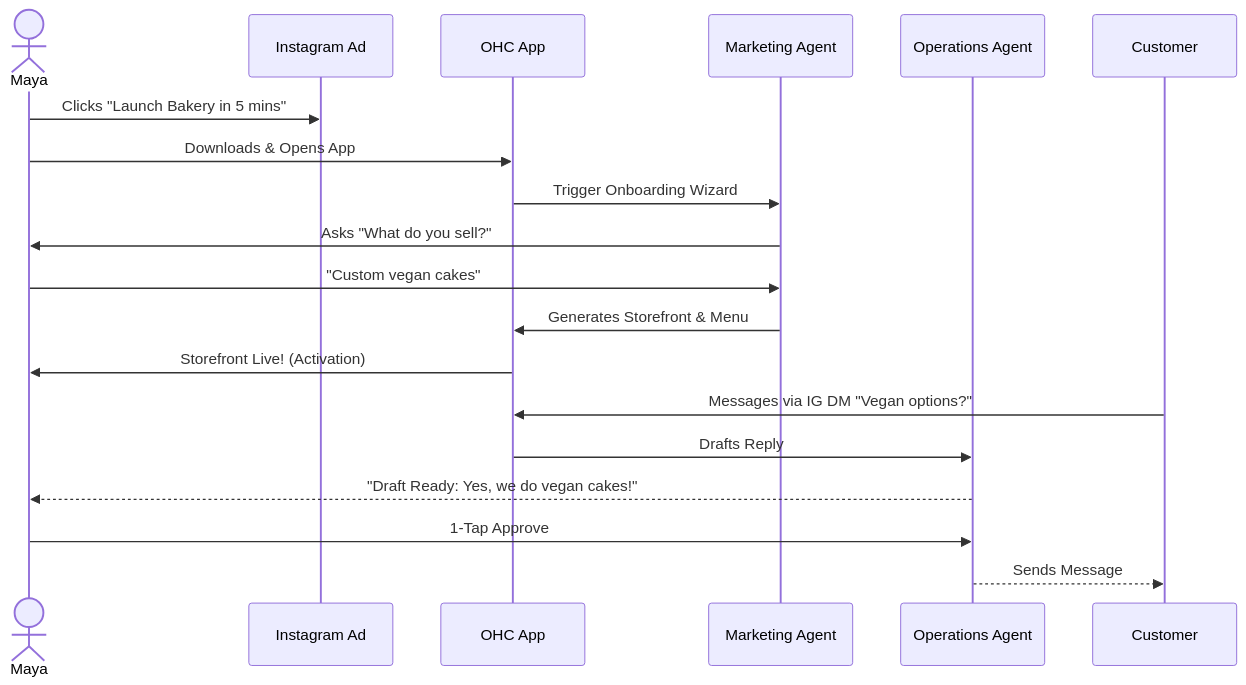
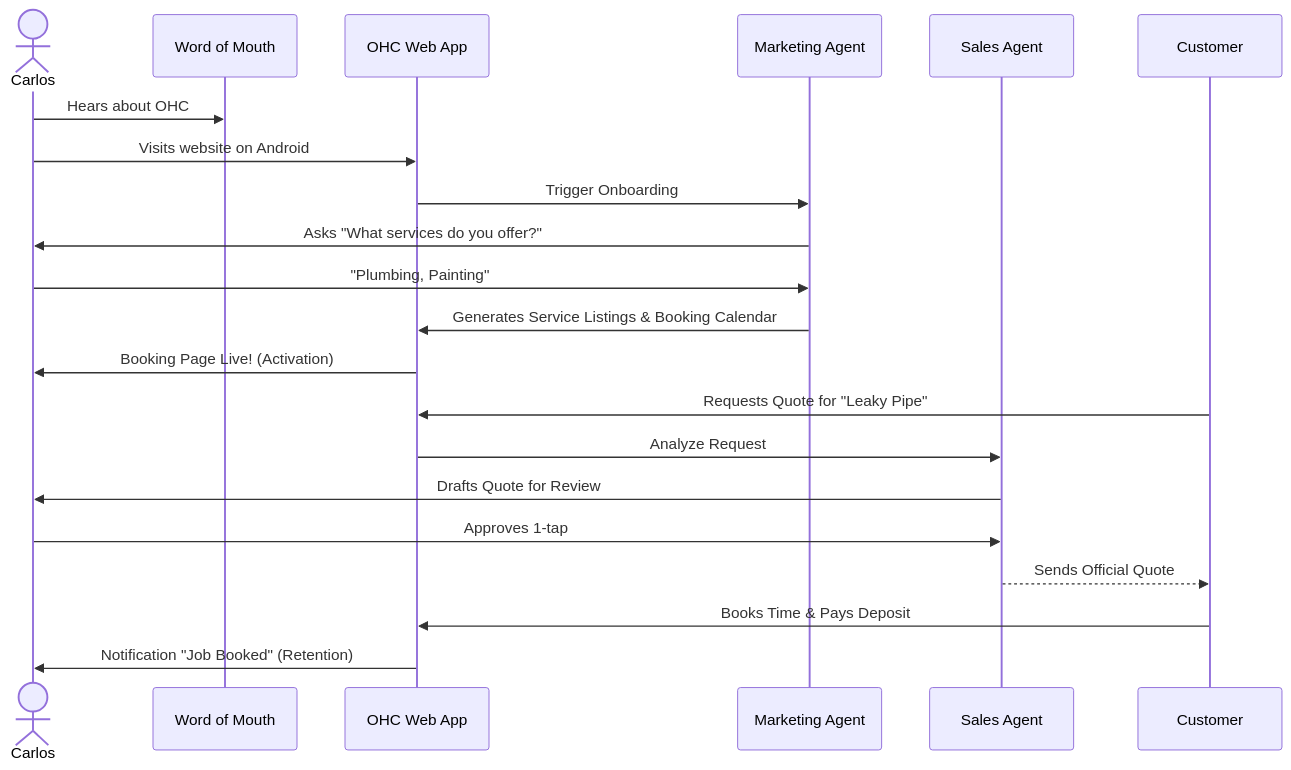
Before and after one commit to omnisolo-llc/onehumancorp: the second of 5 diagrams in .agent-task/report/task_output.md, drawn with Mermaid. The commit also changed other lines of this file, not shown here.

````diff
--- a/.agent-task/report/task_output.md
+++ b/.agent-task/report/task_output.md
@@ -67,22 +83,24 @@
 ```mermaid
 sequenceDiagram
-    actor Maya
-    participant Ad as Instagram Ad
-    participant OHC as OHC App
+    actor Carlos
+    participant WoM as Word of Mouth
+    participant OHC as OHC Web App
     participant AI_Mark as Marketing Agent
-    participant AI_Ops as Operations Agent
+    participant AI_Sales as Sales Agent
     participant Cust as Customer
 
-    Maya->>Ad: Clicks "Launch Bakery in 5 mins"
-    Maya->>OHC: Downloads & Opens App
-    OHC->>AI_Mark: Trigger Onboarding Wizard
-    AI_Mark->>Maya: Asks "What do you sell?"
-    Maya->>AI_Mark: "Custom vegan cakes"
-    AI_Mark->>OHC: Generates Storefront & Menu
-    OHC->>Maya: Storefront Live! (Activation)
-    Cust->>OHC: Messages via IG DM "Vegan options?"
-    OHC->>AI_Ops: Drafts Reply
-    AI_Ops-->>Maya: "Draft Ready: Yes, we do vegan cakes!"
-    Maya->>AI_Ops: 1-Tap Approve
-    AI_Ops-->>Cust: Sends Message
+    Carlos->>WoM: Hears about OHC
+    Carlos->>OHC: Visits website on Android
+    OHC->>AI_Mark: Trigger Onboarding
+    AI_Mark->>Carlos: Asks "What services do you offer?"
+    Carlos->>AI_Mark: "Plumbing, Painting"
+    AI_Mark->>OHC: Generates Service Listings & Booking Calendar
+    OHC->>Carlos: Booking Page Live! (Activation)
+    Cust->>OHC: Requests Quote for "Leaky Pipe"
+    OHC->>AI_Sales: Analyze Request
+    AI_Sales->>Carlos: Drafts Quote for Review
+    Carlos->>AI_Sales: Approves 1-tap
+    AI_Sales-->>Cust: Sends Official Quote
+    Cust->>OHC: Books Time & Pays Deposit
+    OHC->>Carlos: Notification "Job Booked" (Retention)
 ```
````
